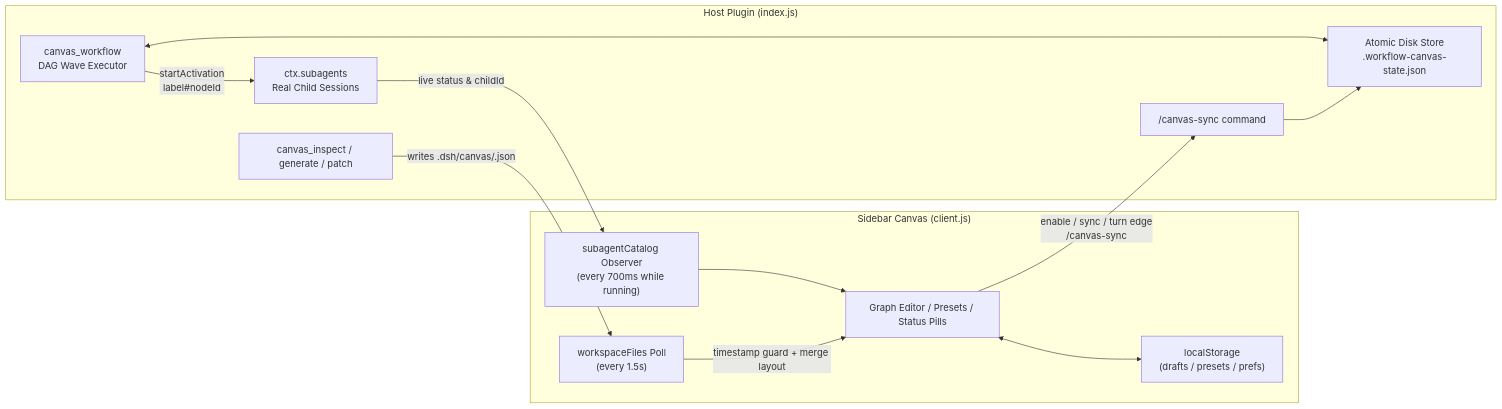
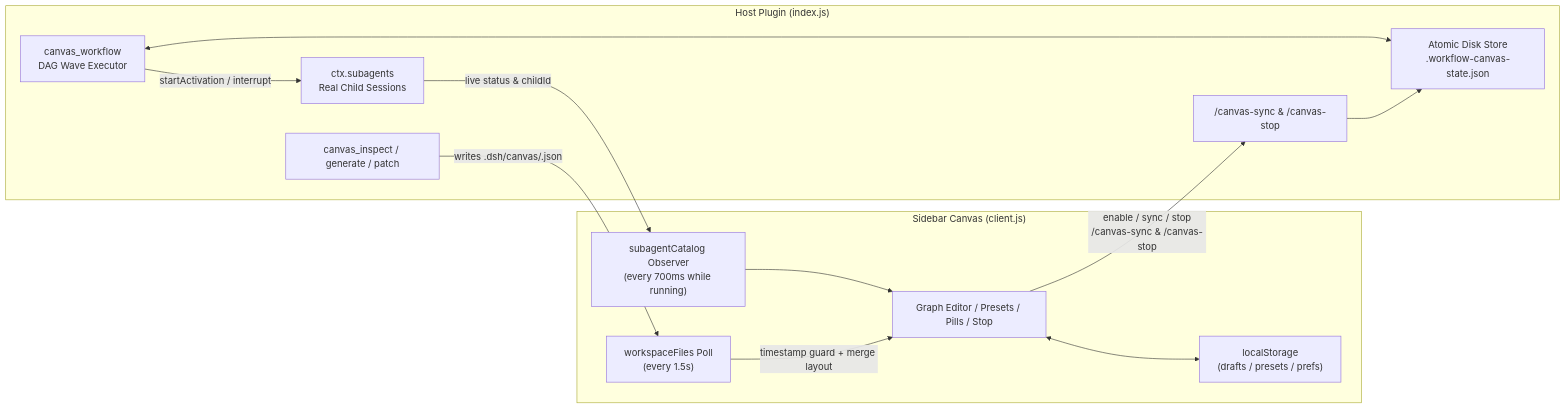
The first of 2 diagrams in docs/MECHANISM.md (Wasabi2575/dsh-workflow-canvas), drawn with Mermaid before and after one commit. The commit also changed other lines of this file and 12 other files, not shown here.

Commit message:
chore(release): v1.5.5 — unified stop, direction persistence, pan+zoom fix, instant preset sync & toolbar undo/redo

````diff
--- a/docs/MECHANISM.md
+++ b/docs/MECHANISM.md
@@ -18,27 +18,27 @@
 ```mermaid
 flowchart LR
     subgraph Client["Sidebar Canvas (client.js)"]
-        UI["Graph Editor / Presets / Status Pills"]
+        UI["Graph Editor / Presets / Pills / Stop"]
         LS["localStorage\n(drafts / presets / prefs)"]
         Poll["workspaceFiles Poll\n(every 1.5s)"]
         Cat["subagentCatalog Observer\n(every 700ms while running)"]
     end
 
     subgraph Host["Host Plugin (index.js)"]
-        Sync["/canvas-sync command"]
+        Sync["/canvas-sync & /canvas-stop"]
         Store["Atomic Disk Store\n.workflow-canvas-state.json"]
         Tools["canvas_inspect / generate / patch"]
         Exec["canvas_workflow\nDAG Wave Executor"]
         Sub["ctx.subagents\nReal Child Sessions"]
     end
 
     UI <--> LS
-    UI -- "enable / sync / turn edge\n/canvas-sync" --> Sync
+    UI -- "enable / sync / stop\n/canvas-sync & /canvas-stop" --> Sync
     Sync --> Store
     Tools -- "writes .dsh/canvas/<sid>.json" --> Poll
     Poll -- "timestamp guard + merge layout" --> UI
     Exec <--> Store
-    Exec -- "startActivation\nlabel#nodeId" --> Sub
+    Exec -- "startActivation / interrupt" --> Sub
     Sub -- "live status & childId" --> Cat
     Cat --> UI
 ```
````
